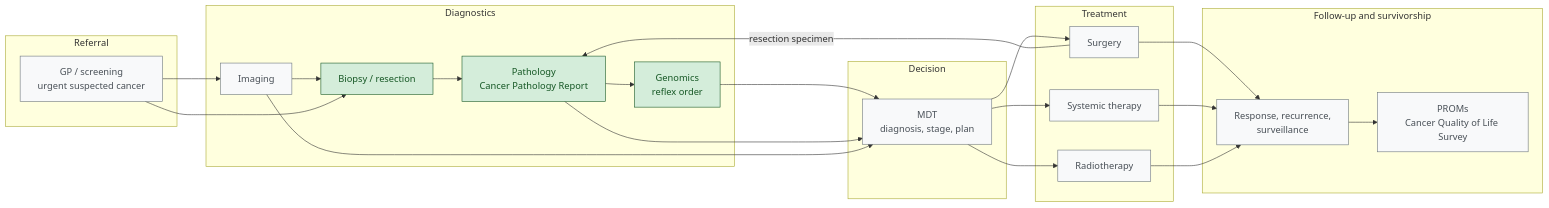
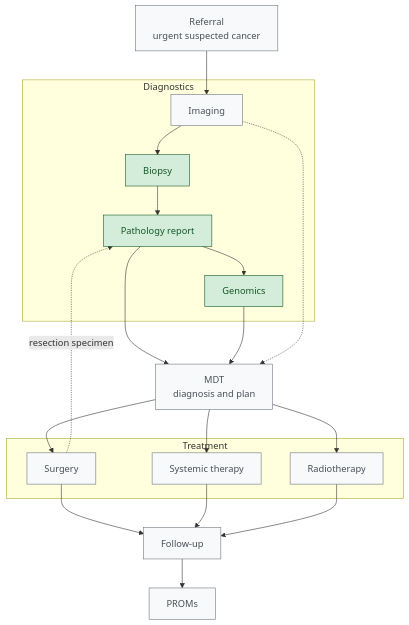
Before and after one commit to nw-gmsa/CancerPathologyReport: the diagram in input/pagecontent/CancerPathway.md, drawn with Mermaid. The commit also changed other lines of this file and 1 other file, not shown here.

First line of the commit message:
Cancer Pathway: NDRS timings, Cancer 360 data sources, top-down diagram

````diff
--- a/input/pagecontent/CancerPathway.md
+++ b/input/pagecontent/CancerPathway.md
@@ -19,39 +19,35 @@
 ```mermaid
-flowchart LR
-    subgraph REF["Referral"]
-        A["GP / screening<br/>urgent suspected cancer"]
-    end
+flowchart TB
+    A["Referral<br/>urgent suspected cancer"]
+
     subgraph DIAG["Diagnostics"]
         B["Imaging"]
-        C["Biopsy / resection"]
-        D["Pathology<br/>Cancer Pathology Report"]
-        E["Genomics<br/>reflex order"]
+        C["Biopsy"]
+        D["Pathology report"]
+        E["Genomics"]
     end
-    subgraph DEC["Decision"]
-        F["MDT<br/>diagnosis, stage, plan"]
-    end
+
+    F["MDT<br/>diagnosis and plan"]
+
     subgraph TX["Treatment"]
         G["Surgery"]
         H["Systemic therapy"]
         I["Radiotherapy"]
     end
-    subgraph FU["Follow-up and survivorship"]
-        J["Response, recurrence,<br/>surveillance"]
-        K["PROMs<br/>Cancer Quality of Life Survey"]
-    end
 
-    A --> B --> C --> D
-    A --> C
-    D --> E --> F
+    J["Follow-up"]
+    K["PROMs"]
+
+    A --> B --> C --> D --> E
     D --> F
-    B --> F
+    E --> F
+    B -.-> F
     F --> G & H & I
-    G -->|"resection specimen"| D
-    G & H & I --> J
-    J --> K
+    G -.->|"resection specimen"| D
+    G & H & I --> J --> K
 
     classDef inscope fill:#d4edda,stroke:#155724,color:#155724
     classDef context fill:#f8f9fa,stroke:#6c757d,color:#495057
     class C,D,E inscope
     class A,B,F,G,H,I,J,K context
 ```
````
